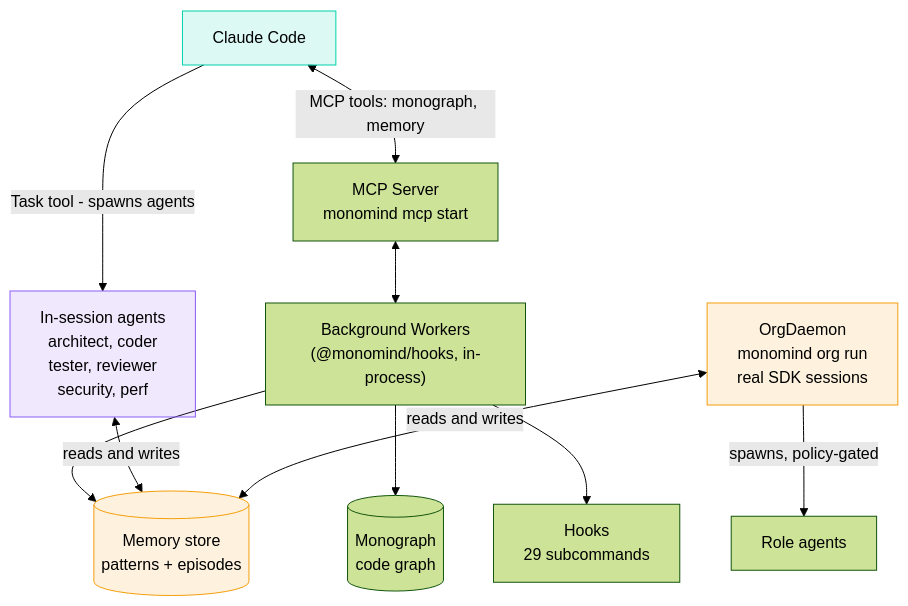
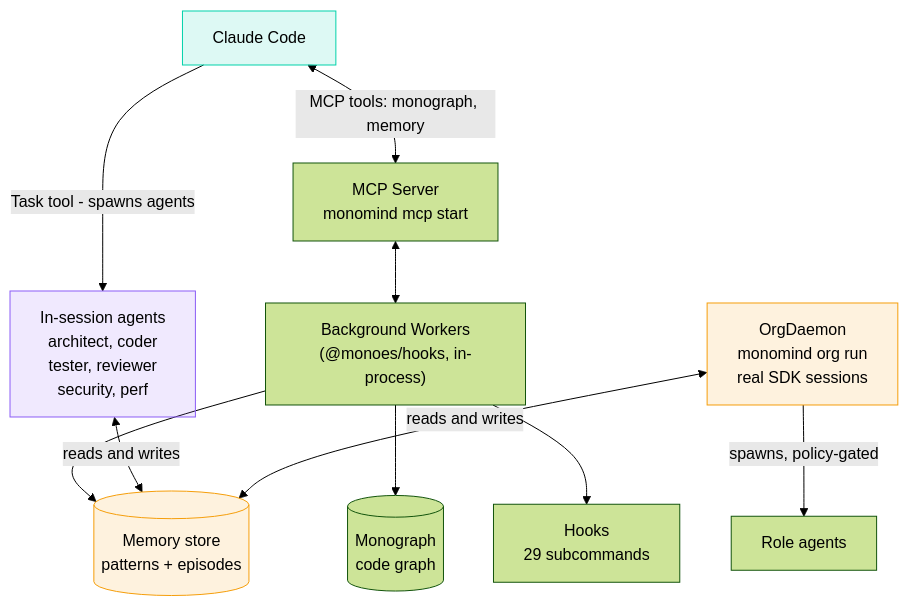
The fifth of 5 diagrams in packages/@monomind/cli/README.md (monoes/monomind), drawn with Mermaid (forest theme) before and after one commit. The commit also changed 86 other files, not shown here.

````diff
--- a/packages/@monomind/cli/README.md
+++ b/packages/@monomind/cli/README.md
@@ -364,24 +364,24 @@
 ```mermaid
 graph TD
     CC["Claude Code"]
     MCP["MCP Server\nmonomind mcp start"]
-    D["Background Workers\n(@monomind/hooks, in-process)"]
+    D["Background Workers\n(@monoes/hooks, in-process)"]
     ORG["OrgDaemon\nmonomind org run\nreal SDK sessions"]
 
     CC <-->|"MCP tools: monograph, memory"| MCP
     MCP <--> D
 
     D --> ADB[("Memory store\npatterns + episodes")]
     D --> MG[("Monograph\ncode graph")]
     D --> HK["Hooks\n29 subcommands"]
 
     CC -->|"Task tool - spawns agents"| AG["In-session agents\narchitect, coder\ntester, reviewer\nsecurity, perf"]
     AG <-->|reads and writes| ADB
     ORG -->|"spawns, policy-gated"| RA["Role agents"]
     ORG <-->|reads and writes| ADB
 
     style CC fill:#00D2AA22,stroke:#00D2AA
     style AG fill:#8B5CF622,stroke:#8B5CF6
     style ADB fill:#F59E0B22,stroke:#F59E0B
     style ORG fill:#F59E0B22,stroke:#F59E0B
 ```
````
